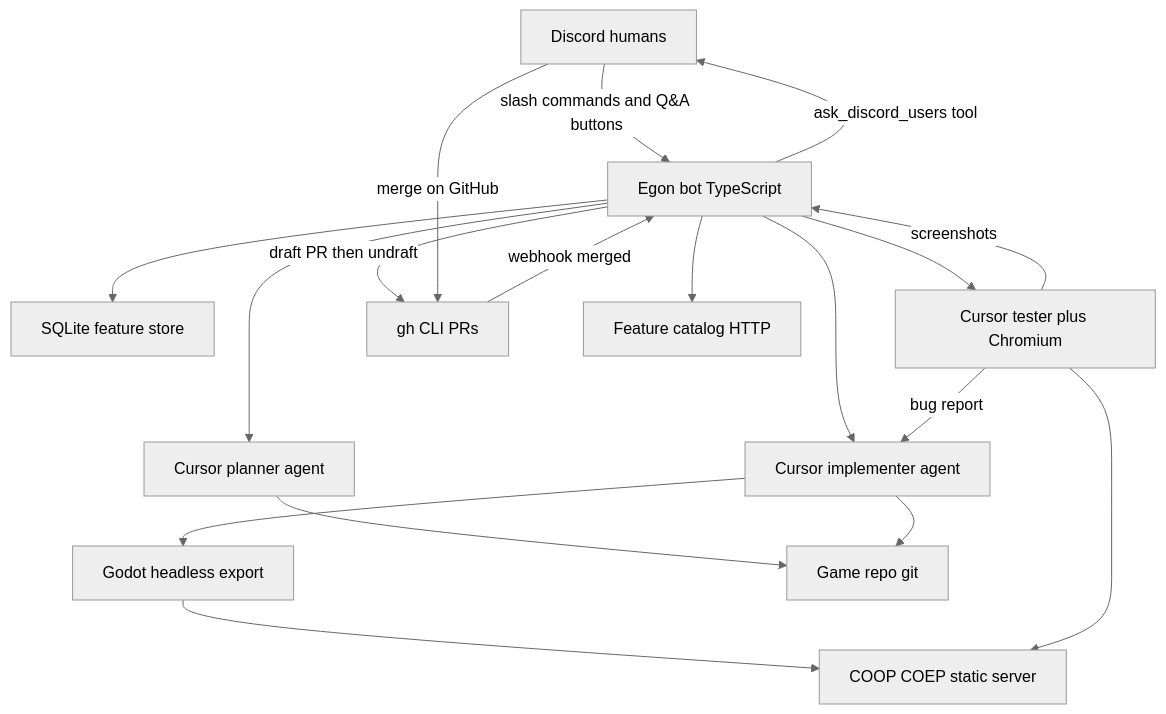
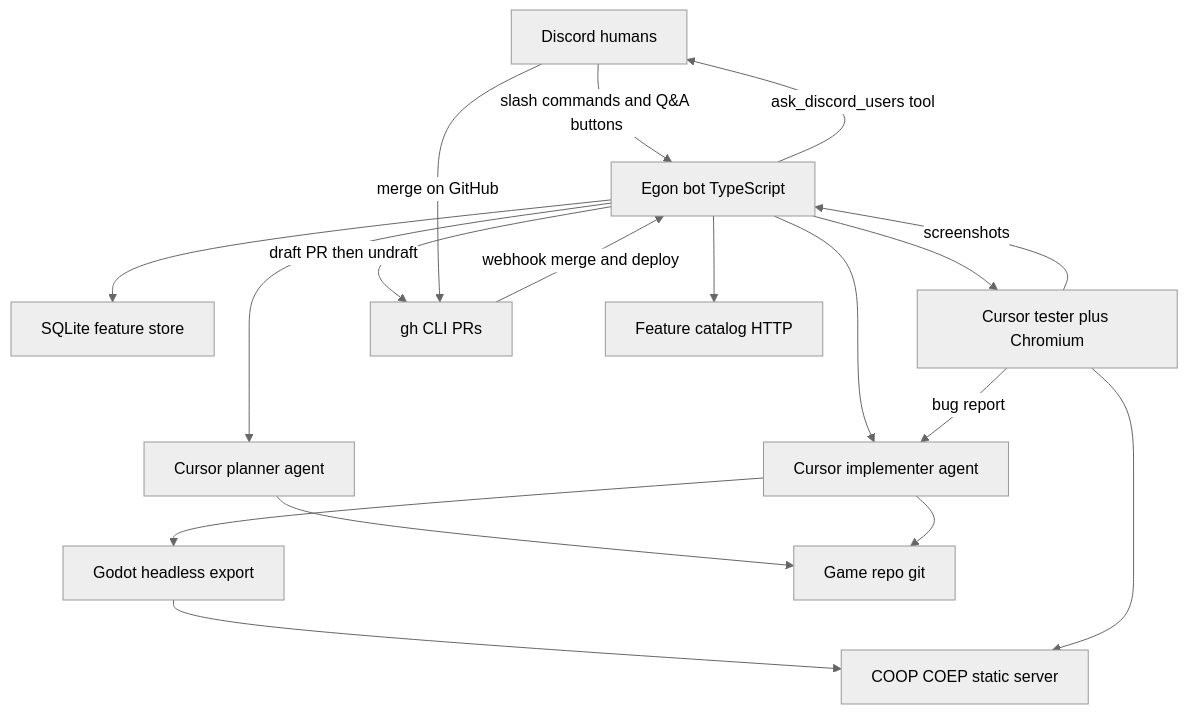
One commit to mbuelowdev/egon-bot changed the diagram in docs/egon/SPEC.md. Above: the diagram before and after it, drawn with Mermaid (neutral theme). The commit also changed other lines of this file and 30 other files, not shown here.

````diff
--- a/docs/egon/SPEC.md
+++ b/docs/egon/SPEC.md
@@ -19,32 +19,32 @@
 ```mermaid
 flowchart TD
   humans[Discord humans]
   bot[Egon bot TypeScript]
   store[SQLite feature store]
   planner[Cursor planner agent]
   impl[Cursor implementer agent]
   godot[Godot headless export]
   serve[COOP COEP static server]
   tester[Cursor tester plus Chromium]
   git[Game repo git]
   gh[gh CLI PRs]
   catalog[Feature catalog HTTP]
 
   humans -->|slash commands and Q&A buttons| bot
   bot --> store
   bot -->|ask_discord_users tool| humans
   bot --> planner
   planner --> git
   bot -->|draft PR then undraft| gh
   bot --> impl
   impl --> git
   impl --> godot
   godot --> serve
   bot --> tester
   tester --> serve
   tester -->|bug report| impl
   tester -->|screenshots| bot
   bot --> catalog
-  gh -->|webhook merged| bot
+  gh -->|webhook merge and deploy| bot
   humans -->|merge on GitHub| gh
 ```
````
